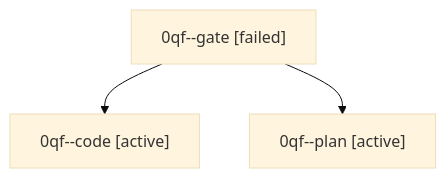
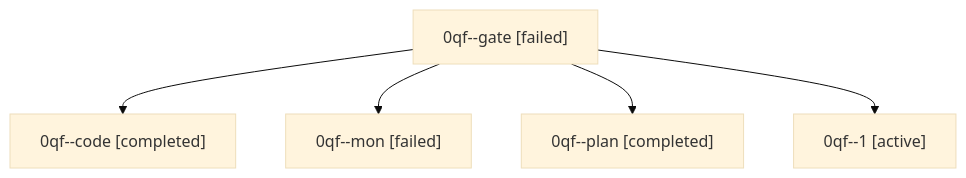
One commit to sase-org/sase--agents changed the diagram in families/bbugyi200.athena.0qf.md. Above: the diagram before and after it, drawn with Mermaid (base theme). The commit also changed other lines of this file and 23 other files, not shown here.

````diff
--- a/families/bbugyi200.athena.0qf.md
+++ b/families/bbugyi200.athena.0qf.md
@@ -9,8 +9,12 @@
 ```mermaid
 flowchart TD
   n0["0qf--gate [failed]"]
-  n1["0qf--code [active]"]
+  n1["0qf--code [completed]"]
   n0 --> n1
-  n2["0qf--plan [active]"]
+  n2["0qf--mon [failed]"]
   n0 --> n2
+  n3["0qf--plan [completed]"]
+  n0 --> n3
+  n4["0qf--1 [active]"]
+  n0 --> n4
 ```
````
